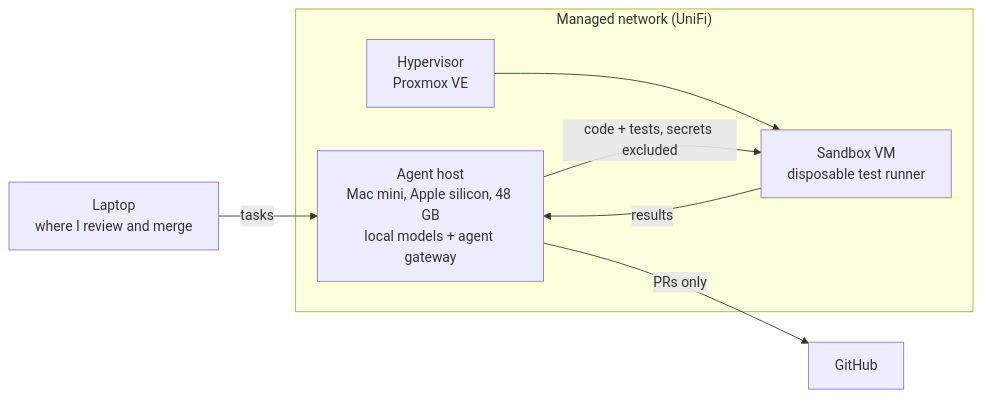
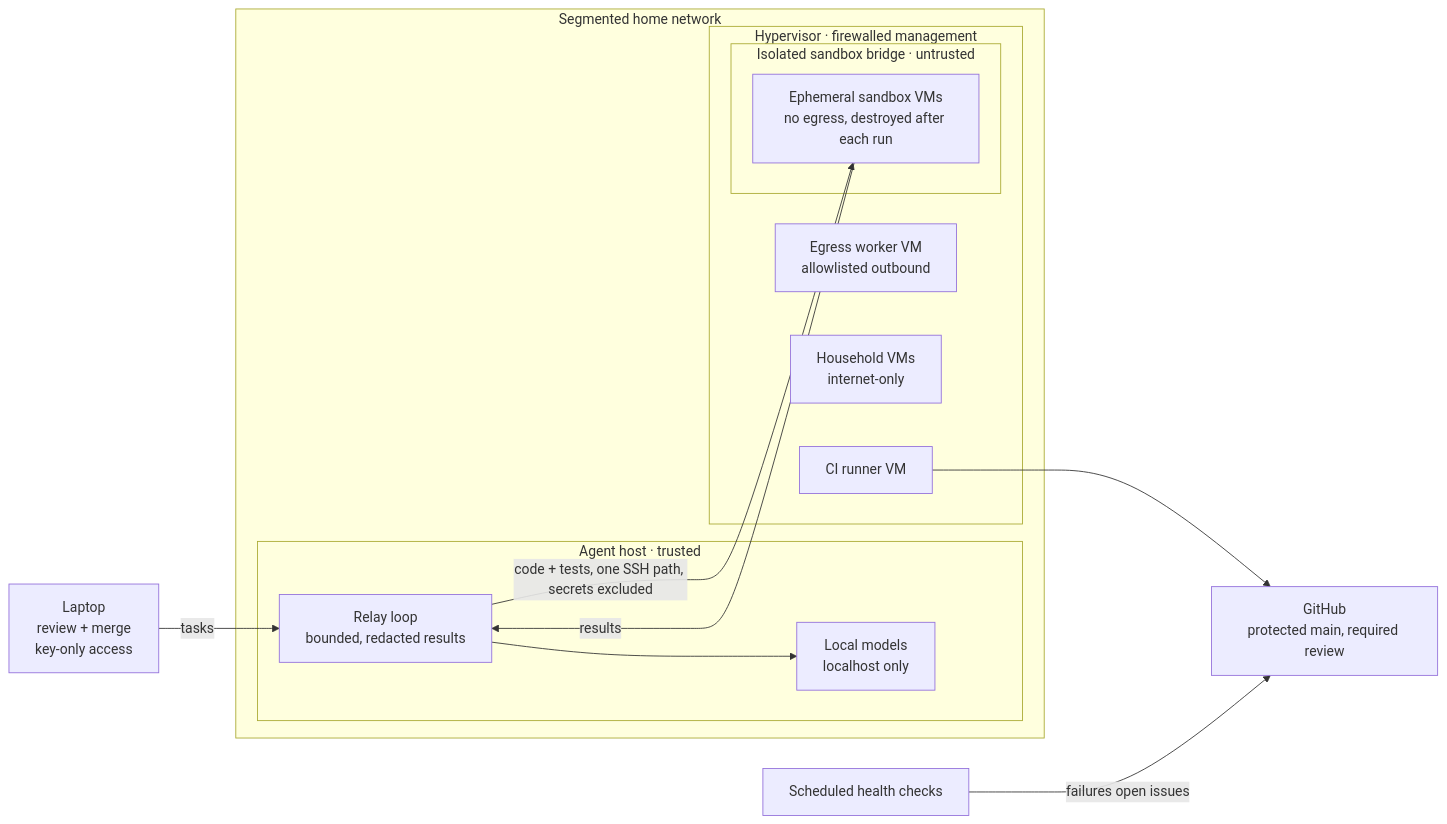
Before and after one commit to JamesTRichmond/otter-creek-homelab: the first of 2 diagrams in README.md, drawn with Mermaid. The commit also changed other lines of this file, not shown here.

First line of the commit message:
Revise README with architecture and operations updates

````diff
--- a/README.md
+++ b/README.md
@@ -13,13 +13,23 @@
 ```mermaid
 flowchart LR
-  subgraph Network["Managed network (UniFi)"]
-    A["Agent host<br/>Mac mini, Apple silicon, 48 GB<br/>local models + agent gateway"]
-    H["Hypervisor<br/>Proxmox VE"]
-    S["Sandbox VM<br/>disposable test runner"]
-    H --> S
+  L["Laptop<br/>review + merge<br/>key-only access"] -->|tasks| R
+  subgraph NET["Segmented home network"]
+    subgraph AH["Agent host · trusted"]
+      R["Relay loop<br/>bounded, redacted results"]
+      M["Local models<br/>localhost only"]
+    end
+    subgraph HV["Hypervisor · firewalled management"]
+      subgraph SB["Isolated sandbox bridge · untrusted"]
+        S["Ephemeral sandbox VMs<br/>no egress, destroyed after each run"]
+      end
+      W["Egress worker VM<br/>allowlisted outbound"]
+      C["CI runner VM"]
+      HH["Household VMs<br/>internet-only"]
+    end
   end
-  L["Laptop<br/>where I review and merge"] -->|tasks| A
-  A -->|code + tests, secrets excluded| S
-  S -->|results| A
-  A -->|PRs only| G["GitHub"]
+  R --> M
+  R -->|"code + tests, one SSH path, secrets excluded"| S
+  S -->|results| R
+  C --> G["GitHub<br/>protected main, required review"]
+  K["Scheduled health checks"] -->|failures open issues| G
 ```
````
